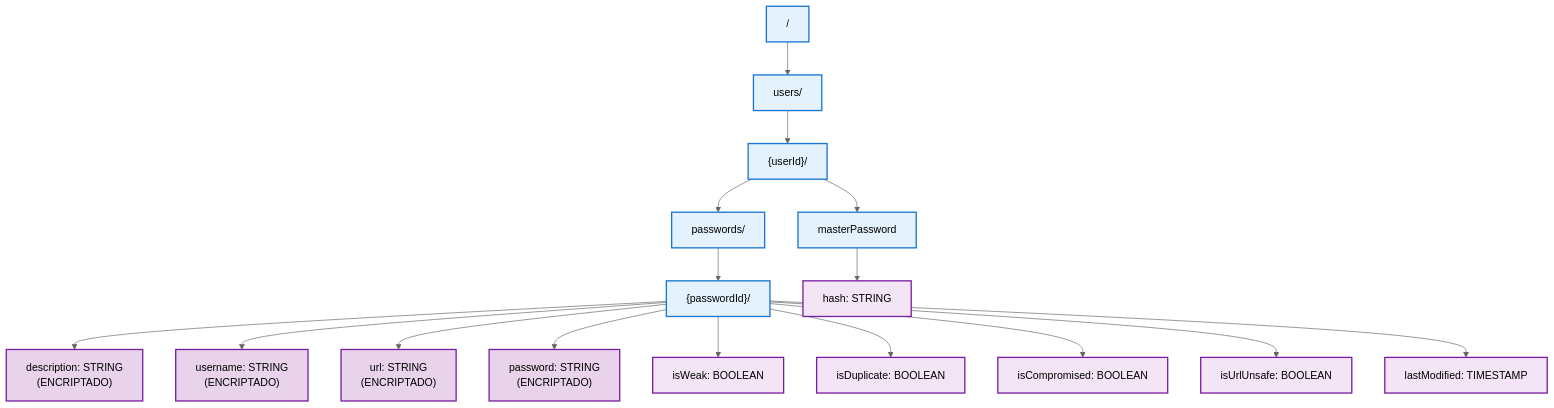
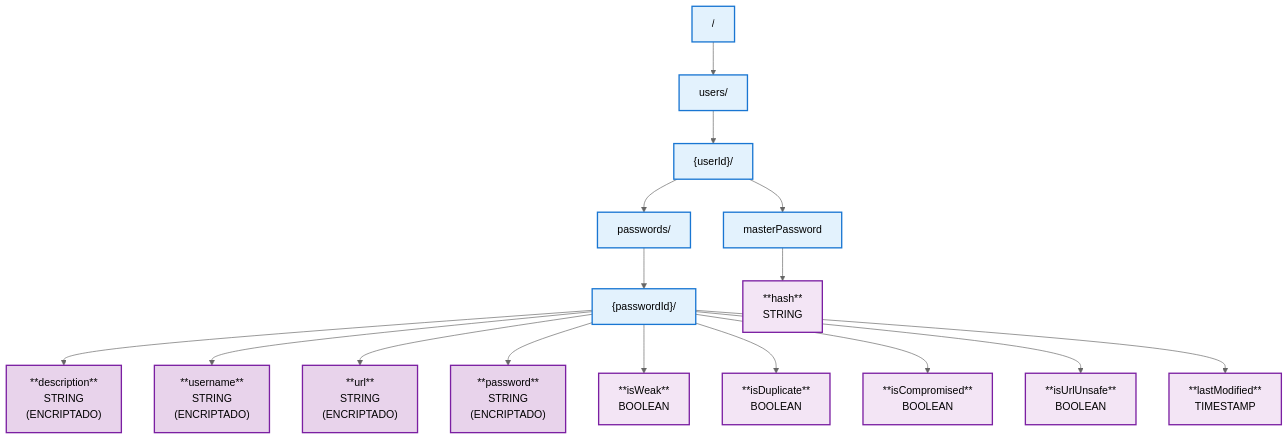
The diagram in docs/Base de datos remota - Estructura jerárquica.md (g4vr3/passworld), drawn with Mermaid (neutral theme) before and after one commit.

Commit message:
Update Base de datos remota - Estructura jerárquica.md

````diff
--- a/docs/Base de datos remota - Estructura jerárquica.md
+++ b/docs/Base de datos remota - Estructura jerárquica.md
@@ -1,29 +1,28 @@
 ```mermaid
 flowchart TD
     Root["/"] --> Users["users/"]
     Users --> UserID["{userId}/"]
     UserID --> Passwords["passwords/"] & MasterPassword["masterPassword"]
     Passwords --> PasswordID["{passwordId}/"]
-    PasswordID --> Description["description: STRING<br>(ENCRIPTADO)"] & Username["username: STRING<br>(ENCRIPTADO)"] & URL["url: STRING <br>(ENCRIPTADO)"] & Password["password: STRING<br>(ENCRIPTADO)"] & IsWeak["isWeak: BOOLEAN"] & IsDuplicate["isDuplicate: BOOLEAN"] & IsCompromised["isCompromised: BOOLEAN"] & IsUrlUnsafe["isUrlUnsafe: BOOLEAN"] & LastModified["lastModified: TIMESTAMP"]
-    MasterPassword --> Hash["hash: STRING"]
-
+    PasswordID --> Description["**description**<br>STRING<br>(ENCRIPTADO)"] & Username["**username**<br>STRING<br>(ENCRIPTADO)"] & URL["**url**<br>STRING <br>(ENCRIPTADO)"] & Password["**password**<br>STRING<br>(ENCRIPTADO)"] & IsWeak["**isWeak**<br>BOOLEAN"] & IsDuplicate["**isDuplicate**<br>BOOLEAN"] & IsCompromised["**isCompromised**<br>BOOLEAN"] & IsUrlUnsafe["**isUrlUnsafe**<br>BOOLEAN"] & LastModified["**lastModified**<br>TIMESTAMP"]
+    MasterPassword --> Hash["**hash**<br>STRING"]
      Root:::structure
      Users:::structure
      UserID:::structure
      Passwords:::structure
      MasterPassword:::structure
      PasswordID:::structure
      Description:::encrypted
      Username:::encrypted
      URL:::encrypted
      Password:::encrypted
      IsWeak:::data
      IsDuplicate:::data
      IsCompromised:::data
      IsUrlUnsafe:::data
      LastModified:::data
      Hash:::data
     classDef encrypted fill:#e8d3eb,stroke:#7b1fa2,stroke-width:2px,color:#000000
     classDef structure fill:#e3f2fd,stroke:#1976d2,stroke-width:2px,color:#000000
     classDef data fill:#f3e5f5,stroke:#7b1fa2,stroke-width:2px,color:#000000
 ```
````
